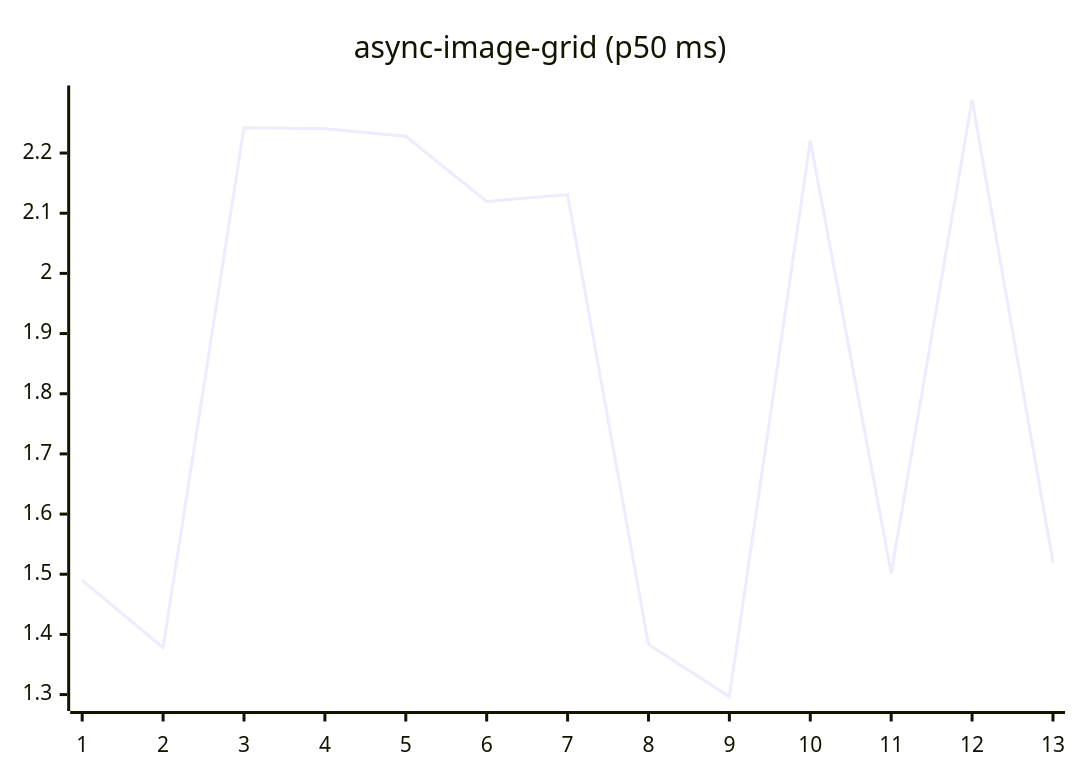
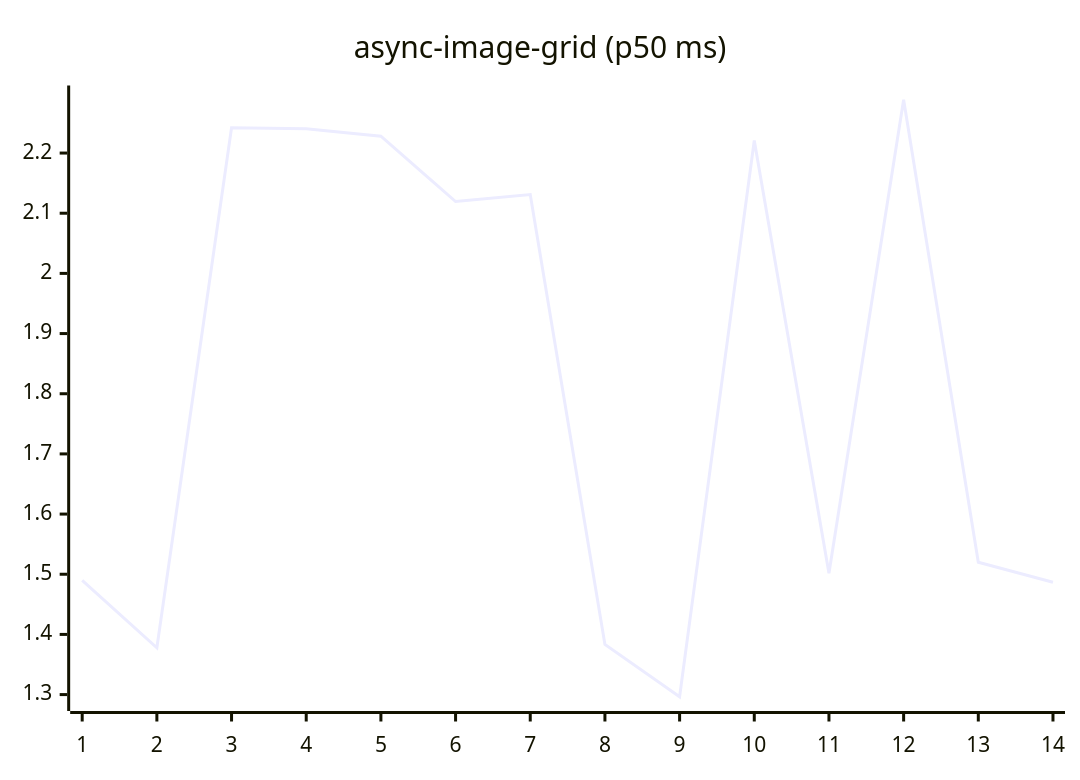
One commit to josha/Facet changed the fifth of 27 diagrams in README.md. Above: the diagram before and after it, drawn with Mermaid. The commit also changed other lines of this file and 2 other files, not shown here.

````diff
--- a/README.md
+++ b/README.md
@@ -91,6 +91,6 @@
 ```mermaid
 xychart-beta
     title "async-image-grid (p50 ms)"
-    x-axis 1 --> 13
-    line [1.4898, 1.3778, 2.2419, 2.2404, 2.2280, 2.1194, 2.1310, 1.3834, 1.2964, 2.2208, 1.5015, 2.2886, 1.5200]
+    x-axis 1 --> 14
+    line [1.4898, 1.3778, 2.2419, 2.2404, 2.2280, 2.1194, 2.1310, 1.3834, 1.2964, 2.2208, 1.5015, 2.2886, 1.5200, 1.4868]
 ```
````
